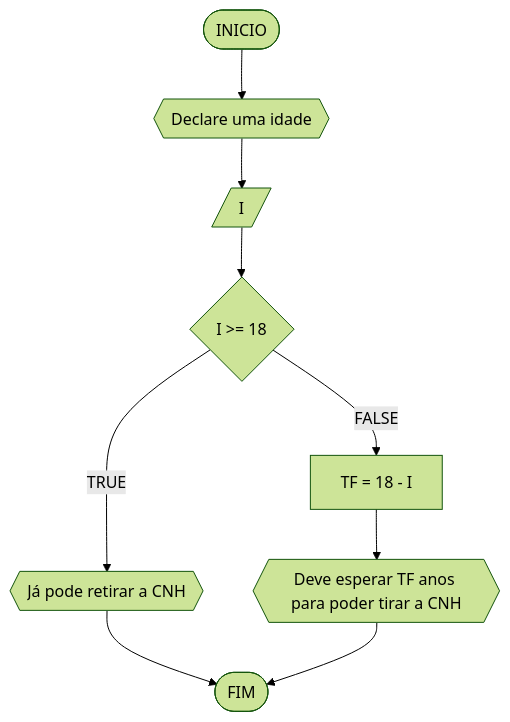
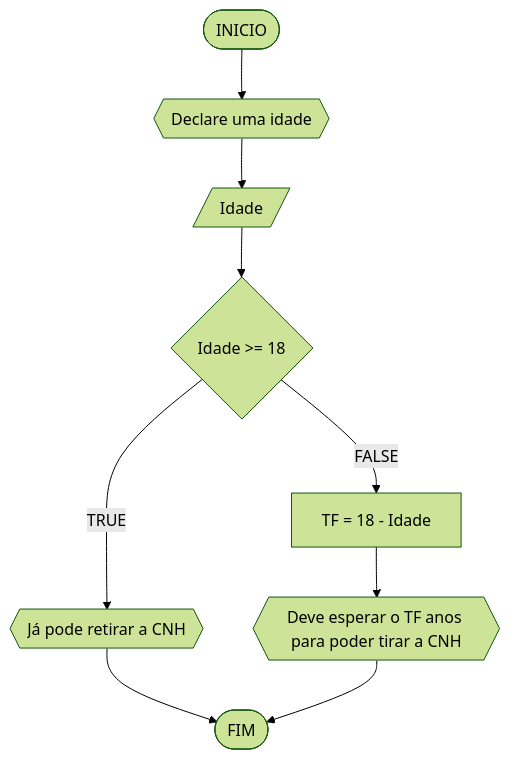
The fourth of 4 diagrams in RLA/unidade1/lista1.md (cauaalexandrino/Unifor), drawn with Mermaid (forest theme) before and after one commit.

````diff
--- a/RLA/unidade1/lista1.md
+++ b/RLA/unidade1/lista1.md
@@ -128,12 +128,12 @@
 ```mermaid
 flowchart TD
 A([INICIO])--> B{{Declare uma idade}}
-B --> C[/I/]
-C --> D{I >= 18}
+B --> C[/Idade/]
+C --> D{Idade >= 18}
 D --TRUE--> E{{Já pode retirar a CNH}}
-D --FALSE--> F[TF = 18 - I]
-F --> G{{Deve esperar TF anos para poder tirar a CNH}}
+D --FALSE--> F[TF = 18 - Idade]
+F --> G{{Deve esperar o TF anos para poder tirar a CNH}}
 E --> I([FIM])
 G --> I
 
 ```  
````
